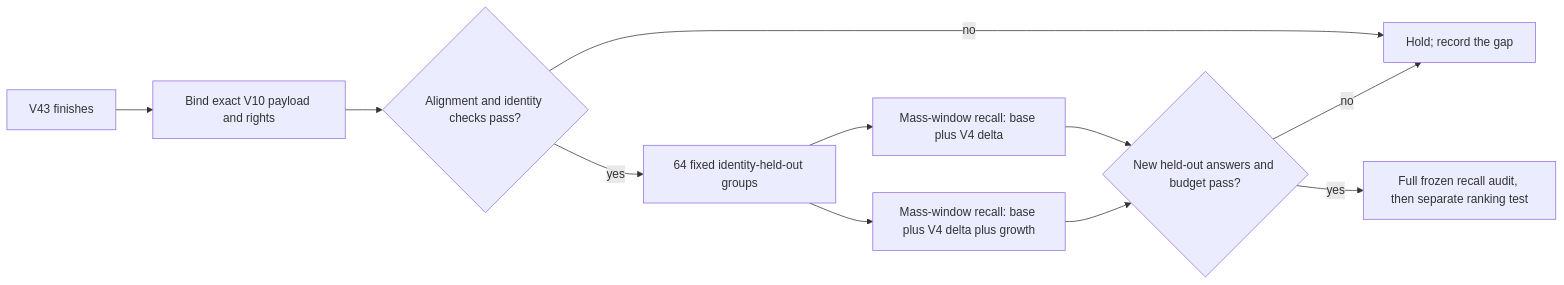
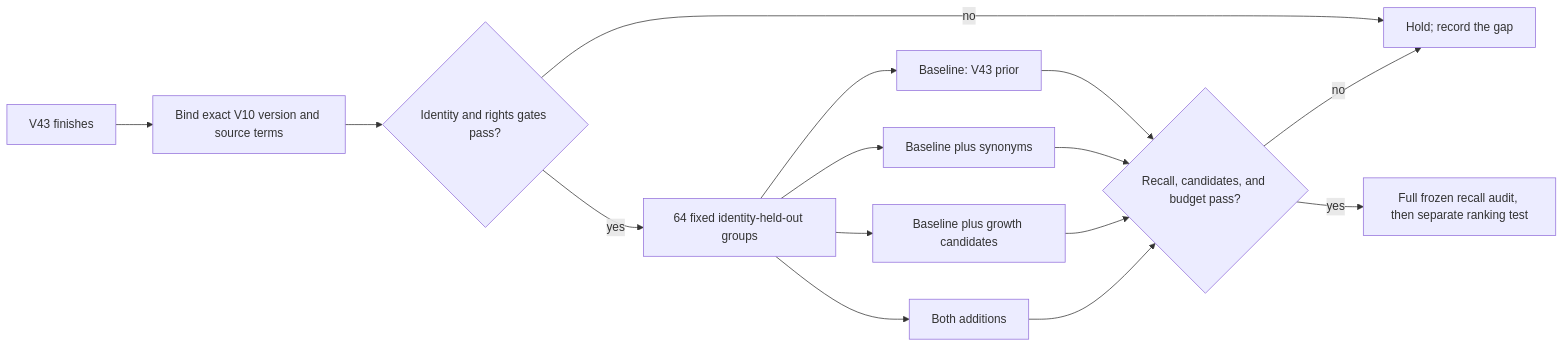
The diagram in research/v43-pubchem-growth-source-audit/2026-10-20/README.md (cubres/enveda-casmi-2026), drawn with Mermaid before and after one commit. The commit also changed other lines of this file, not shown here.

Commit message:
Verify public PubChem growth payload

````diff
--- a/research/v43-pubchem-growth-source-audit/2026-10-20/README.md
+++ b/research/v43-pubchem-growth-source-audit/2026-10-20/README.md
@@ -29,13 +44,17 @@
 ```mermaid
 flowchart LR
-  A[V43 finishes] --> B[Bind exact V10 payload and rights]
-  B --> C{Alignment and identity checks pass?}
+  A[V43 finishes] --> B[Bind exact V10 version and source terms]
+  B --> C{Identity and rights gates pass?}
   C -- no --> H[Hold; record the gap]
   C -- yes --> D[64 fixed identity-held-out groups]
-  D --> E[Mass-window recall: base plus V4 delta]
-  D --> F[Mass-window recall: base plus V4 delta plus growth]
-  E --> G{New held-out answers and budget pass?}
-  F --> G
-  G -- no --> H
-  G -- yes --> I[Full frozen recall audit, then separate ranking test]
+  D --> E[Baseline: V43 prior]
+  D --> F[Baseline plus synonyms]
+  D --> G[Baseline plus growth candidates]
+  D --> I[Both additions]
+  E --> J{Recall, candidates, and budget pass?}
+  F --> J
+  G --> J
+  I --> J
+  J -- no --> H
+  J -- yes --> K[Full frozen recall audit, then separate ranking test]
 ```
````
